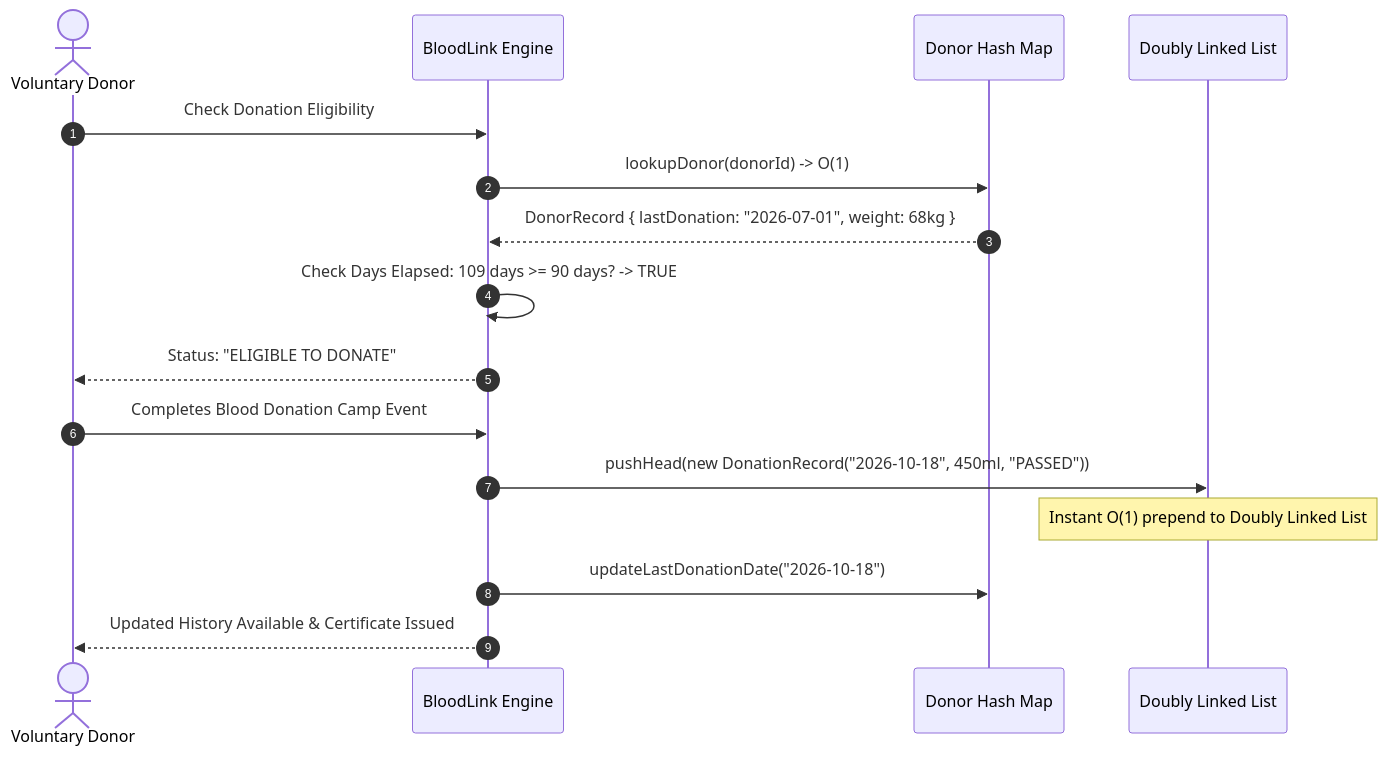
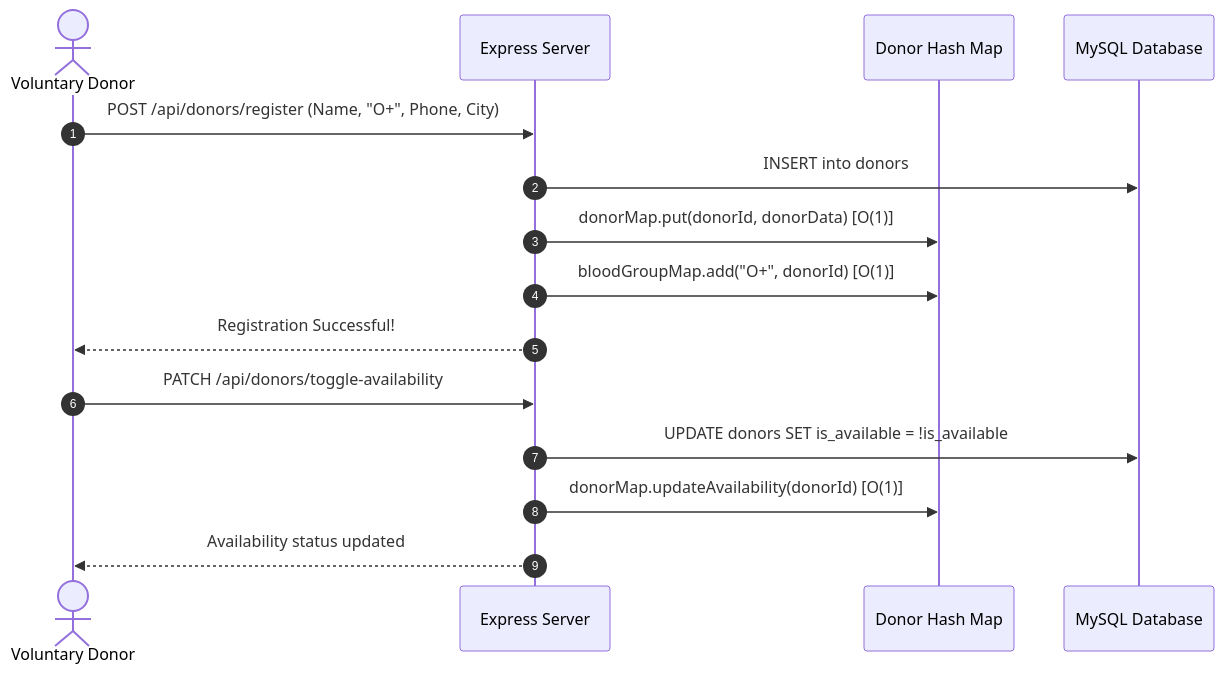
Before and after one commit to Shrey113/Assignment-1: the fifth of 5 diagrams in docs/04_user_roles_and_workflows.md, drawn with Mermaid. The commit also changed other lines of this file and 14 other files, not shown here.

Commit message:
refactor: simplify architecture, workflows, and DS flow for fast development

````diff
--- a/docs/04_user_roles_and_workflows.md
+++ b/docs/04_user_roles_and_workflows.md
@@ -143,20 +180,19 @@
 ```mermaid
 sequenceDiagram
     autonumber
     actor Donor as Voluntary Donor
-    participant API as BloodLink Engine
-    participant Registry as Donor Hash Map
-    participant History as Doubly Linked List
+    participant Server as Express Server
+    participant DS as Donor Hash Map
+    participant DB as MySQL Database
 
-    Donor->>API: Check Donation Eligibility
-    API->>Registry: lookupDonor(donorId) -> O(1)
-    Registry-->>API: DonorRecord { lastDonation: "2026-07-01", weight: 68kg }
-    API->>API: Check Days Elapsed: 109 days >= 90 days? -> TRUE
-    API-->>Donor: Status: "ELIGIBLE TO DONATE"
+    Donor->>Server: POST /api/donors/register (Name, "O+", Phone, City)
+    Server->>DB: INSERT into donors
+    Server->>DS: donorMap.put(donorId, donorData) [O(1)]
+    Server->>DS: bloodGroupMap.add("O+", donorId) [O(1)]
+    Server-->>Donor: Registration Successful!
 
-    Donor->>API: Completes Blood Donation Camp Event
-    API->>History: pushHead(new DonationRecord("2026-10-18", 450ml, "PASSED"))
-    Note over History: Instant O(1) prepend to Doubly Linked List
-    API->>Registry: updateLastDonationDate("2026-10-18")
-    API-->>Donor: Updated History Available & Certificate Issued
+    Donor->>Server: PATCH /api/donors/toggle-availability
+    Server->>DB: UPDATE donors SET is_available = !is_available
+    Server->>DS: donorMap.updateAvailability(donorId) [O(1)]
+    Server-->>Donor: Availability status updated
 ```
````
